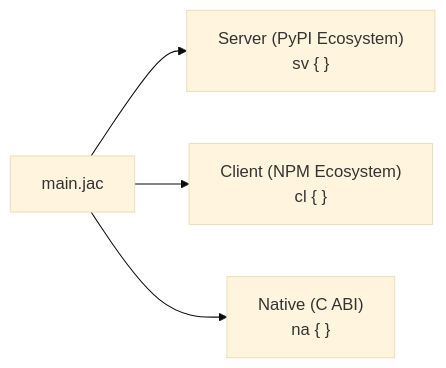
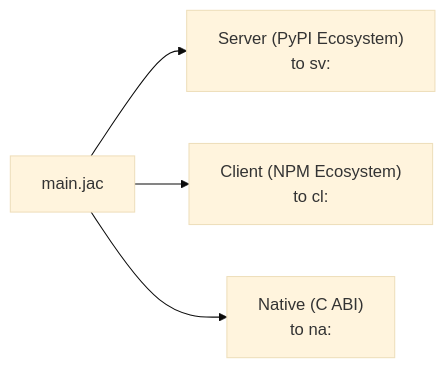
Before and after one commit to chrstophr/Agentic-AI: the first of 2 diagrams in jac-gpt/server/docs/quick-guide/what-makes-jac-different.md, drawn with Mermaid (base theme). The commit also changed other lines of this file and 68 other files, not shown here.

````diff
--- a/jac-gpt/server/docs/quick-guide/what-makes-jac-different.md
+++ b/jac-gpt/server/docs/quick-guide/what-makes-jac-different.md
@@ -17,9 +17,9 @@
 ```mermaid
 graph LR
     JAC["main.jac"] --> SV["Server (PyPI Ecosystem)
-    sv { }"]
+    to sv:"]
     JAC --> CL["Client (NPM Ecosystem)
-    cl { }"]
+    to cl:"]
     JAC --> NA["Native (C ABI)
-    na { }"]
+    to na:"]
 ```
````
